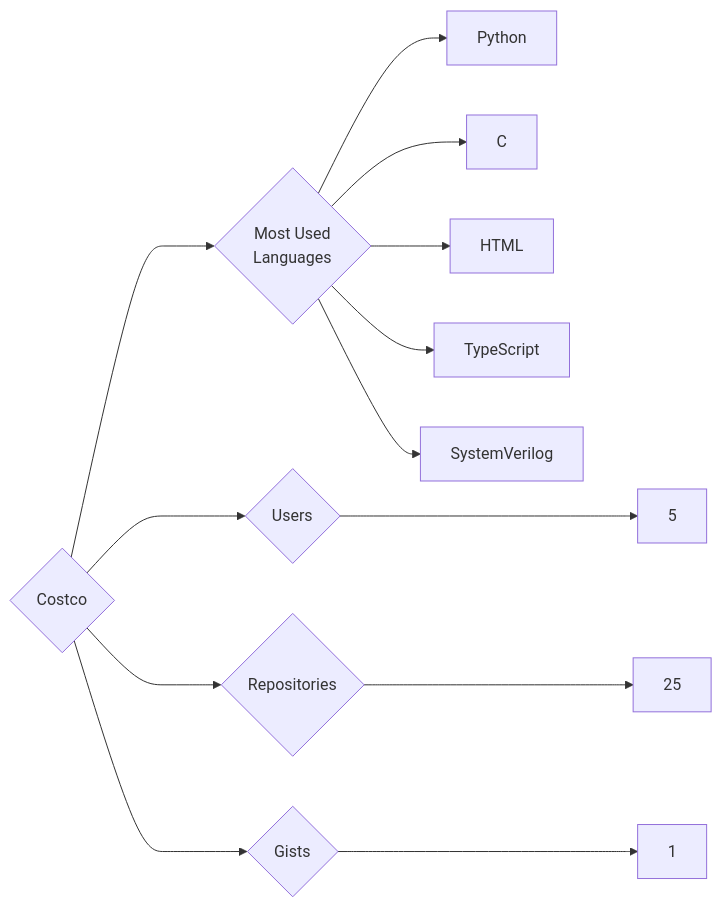
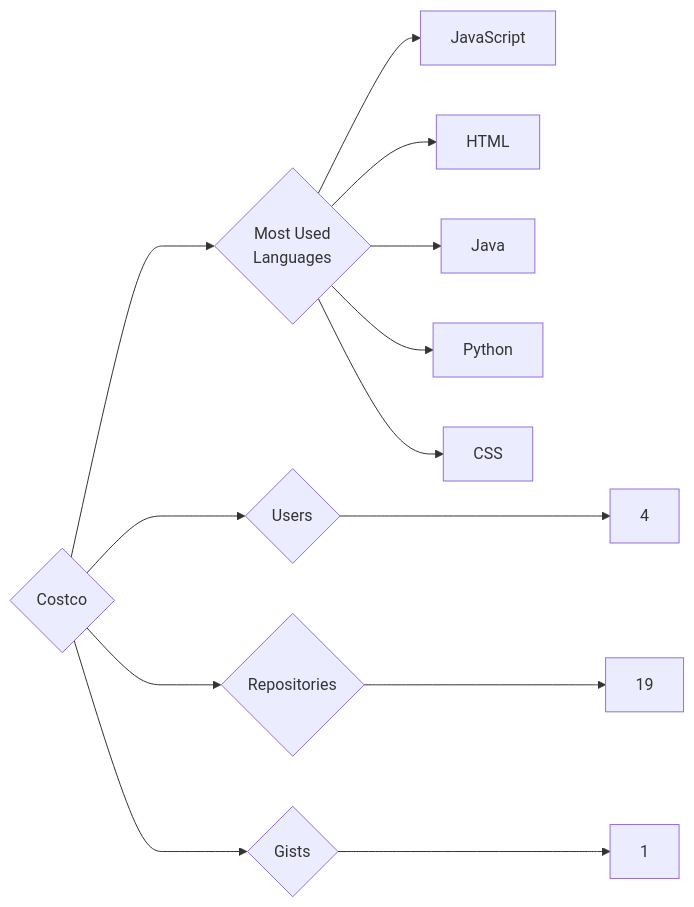
One commit to trickest/insiders changed the diagram in targets/Costco/README.md. Above: the diagram before and after it, drawn with Mermaid. The commit also changed 1141 other files, not shown here.

````diff
--- a/targets/Costco/README.md
+++ b/targets/Costco/README.md
@@ -3,13 +3,13 @@
 ```mermaid
 graph LR
 COMPANY_NAME{Costco}
-COMPANY_NAME ---> U{Users} ---> UN[5]
-COMPANY_NAME ---> R{Repositories} ---> RN[25]
+COMPANY_NAME ---> U{Users} ---> UN[4]
+COMPANY_NAME ---> R{Repositories} ---> RN[19]
 COMPANY_NAME ---> G{Gists} ---> GN[1]
 COMPANY_NAME ---> ML{Most Used<br>Languages}
+ML --> JavaScript[JavaScript]
+ML --> HTML[HTML]
+ML --> Java[Java]
 ML --> Python[Python]
-ML --> C[C]
-ML --> HTML[HTML]
-ML --> TypeScript[TypeScript]
-ML --> SystemVerilog[SystemVerilog]
+ML --> CSS[CSS]
 ```
````
